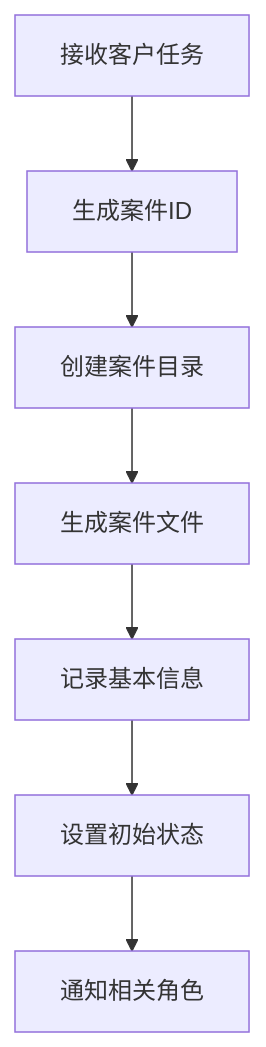
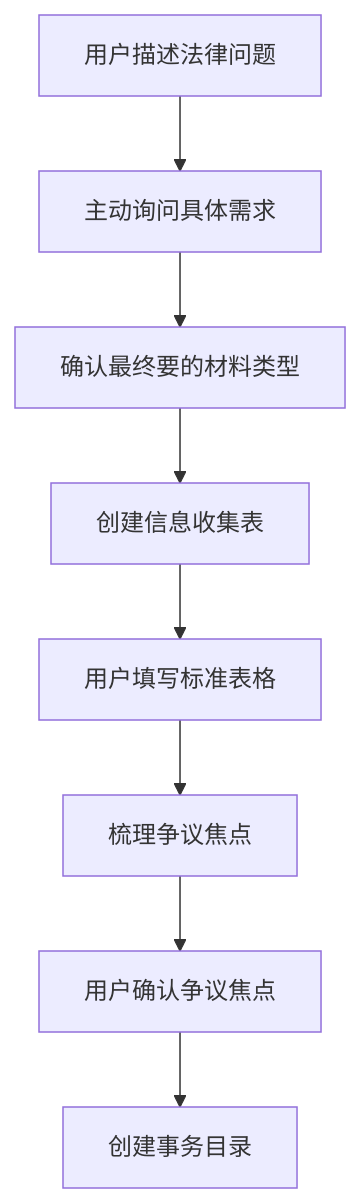
The diagram in resource/role/legal-team-leader/execution/case-management-workflow.execution.md (jiangxia/.promptx), drawn with Mermaid before and after one commit. The commit also changed other lines of this file and 8 other files, not shown here.

````diff
--- a/resource/role/legal-team-leader/execution/case-management-workflow.execution.md
+++ b/resource/role/legal-team-leader/execution/case-management-workflow.execution.md
@@ -35,9 +36,10 @@
     ```mermaid
     flowchart TD
-        A[接收客户任务] --> B[生成案件ID]
-        B --> C[创建案件目录]
-        C --> D[生成案件文件]
-        D --> E[记录基本信息]
-        E --> F[设置初始状态]
-        F --> G[通知相关角色]
+        A[用户描述法律问题] --> B[主动询问具体需求]
+        B --> C[确认最终要的材料类型]
+        C --> D[创建信息收集表]
+        D --> E[用户填写标准表格]
+        E --> F[梳理争议焦点]
+        F --> G[用户确认争议焦点]
+        G --> H[创建事务目录]
     ```
````
